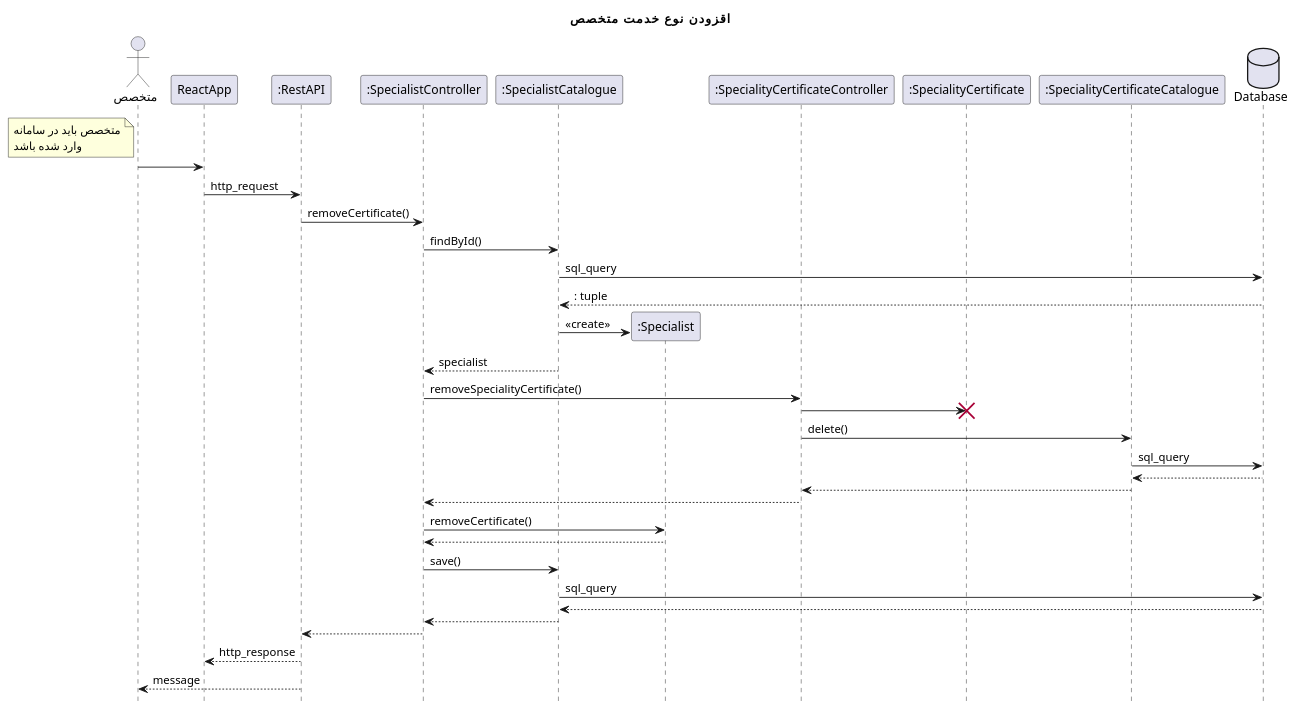
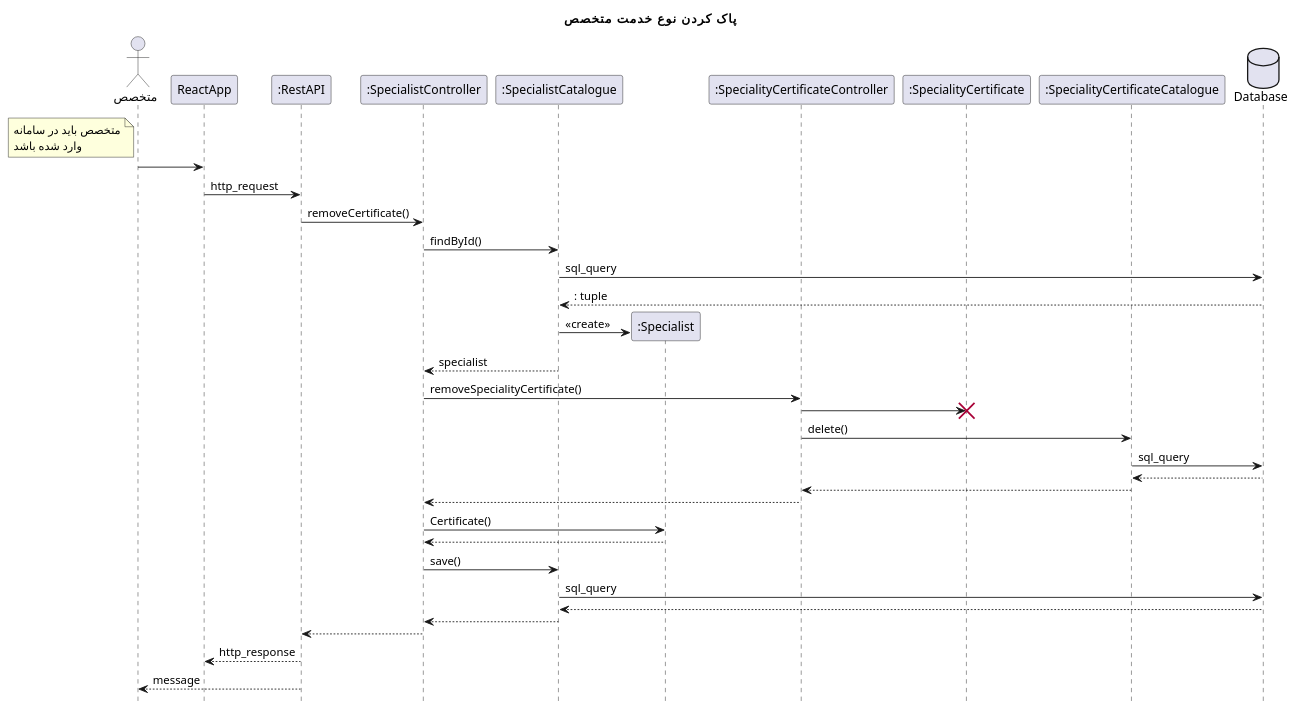
One commit to Khedmatkar-OOD-spring-2022/Model-and-Documents changed the diagram in design sequence diagams/removeCertificate.plantuml. Above: the diagram before and after it, drawn with PlantUML.

```diff
--- a/design sequence diagams/removeCertificate.plantuml
+++ b/design sequence diagams/removeCertificate.plantuml
@@ -1,46 +1,46 @@
 @startuml logout
 hide footbox
-title اقزودن نوع خدمت متخصص
+title "پاک کردن نوع خدمت متخصص"
 actor       "متخصص" as user
 participant ReactApp
 participant ":RestAPI" as RestAPI
 participant ":SpecialistController" as SpecialistController
 participant ":SpecialistCatalogue" as SpecialistCatalogue
 participant ":Specialist" as Specialist
 participant ":SpecialityCertificateController" as SpecialityCertificateController
 participant ":SpecialityCertificate" as SpecialityCertificate
 participant ":SpecialityCertificateCatalogue" as SpecialityCertificateCatalogue
 database Database
 
 note left of user
     متخصص باید در سامانه
     وارد شده باشد
 end note
 
 user -> ReactApp: 
 ReactApp -> RestAPI : http_request
 RestAPI -> SpecialistController : removeCertificate()
 SpecialistController -> SpecialistCatalogue : findById()
 SpecialistCatalogue -> Database: sql_query
 return: tuple
 SpecialistCatalogue -> Specialist ** :<<create>>
 SpecialistCatalogue --> SpecialistController : specialist
 SpecialistController -> SpecialityCertificateController: removeSpecialityCertificate()
 SpecialityCertificateController -> SpecialityCertificate !!
 SpecialityCertificateController -> SpecialityCertificateCatalogue : delete()
 SpecialityCertificateCatalogue -> Database: sql_query
 return
 SpecialityCertificateCatalogue --> SpecialityCertificateController
 SpecialityCertificateController --> SpecialistController
 
-SpecialistController -> Specialist : removeCertificate()
+SpecialistController -> Specialist : Certificate()
 return
 SpecialistController -> SpecialistCatalogue: save()
 SpecialistCatalogue ->Database: sql_query
 return
 SpecialistCatalogue --> SpecialistController
 SpecialistController --> RestAPI
 RestAPI --> ReactApp : http_response
 RestAPI --> user: message
 
 @enduml
```
